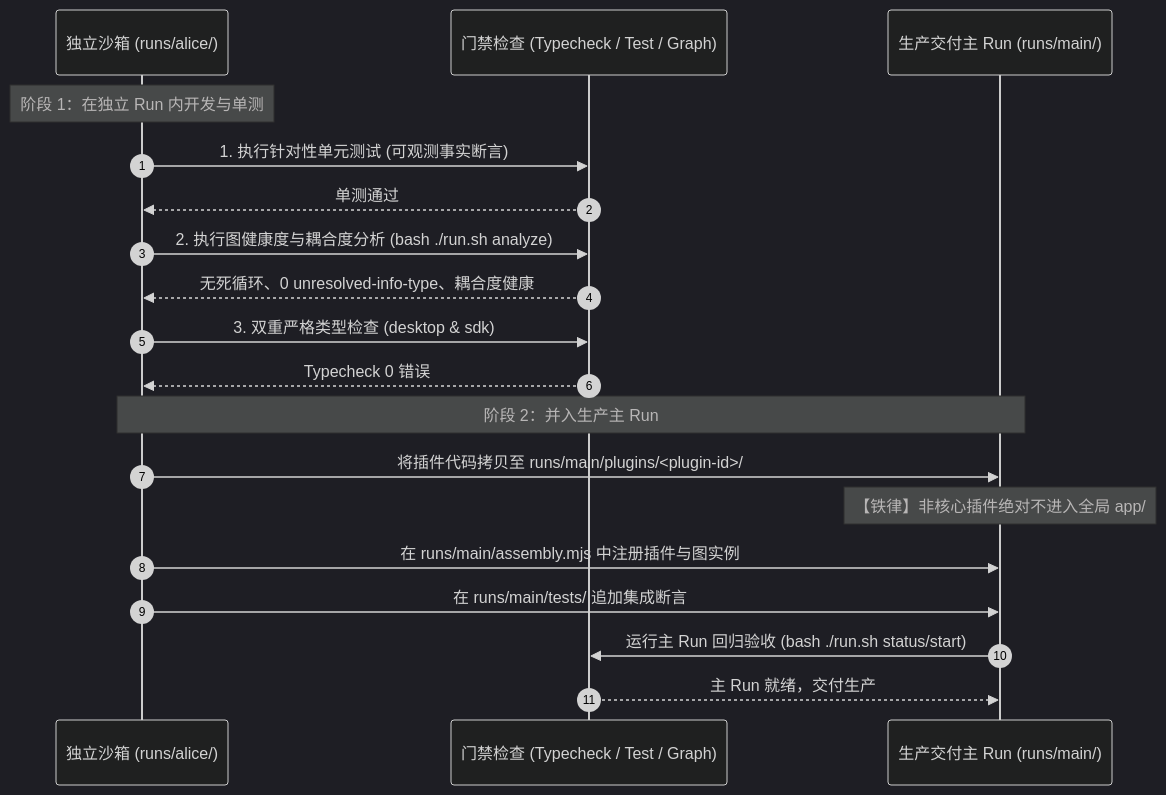
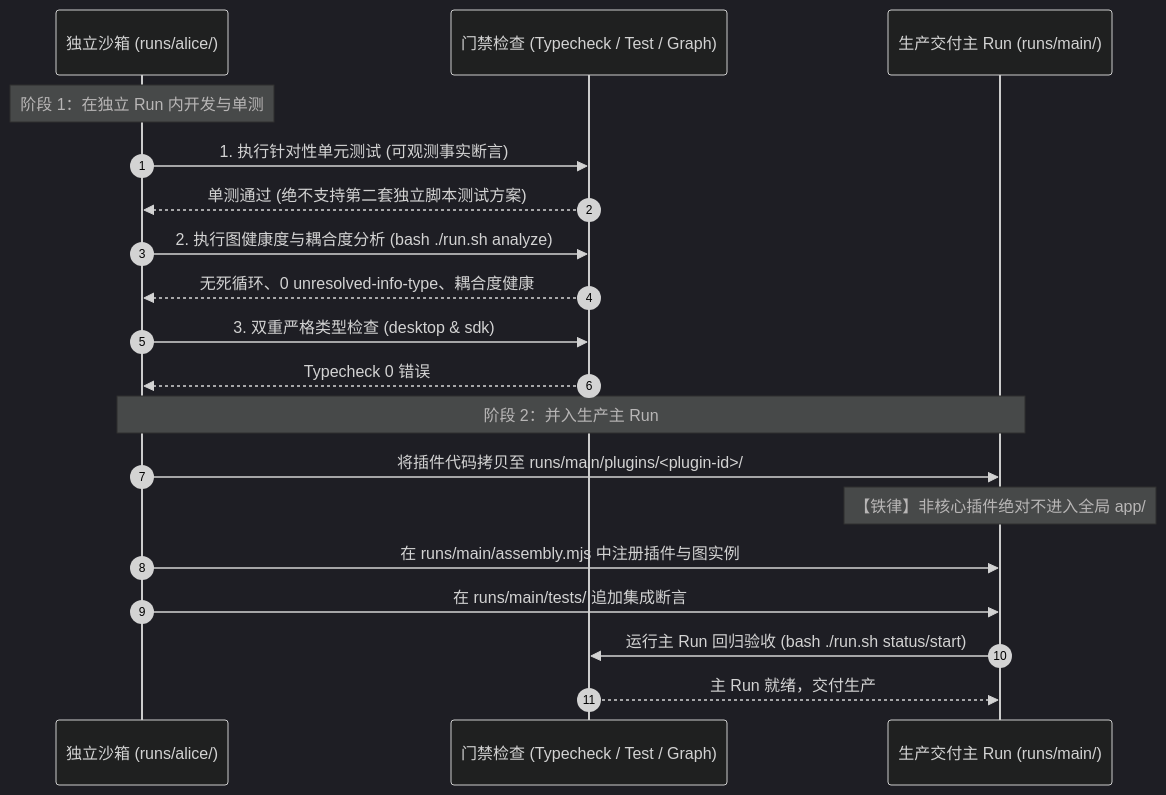
Before and after one commit to vd249175-cpu/GSDK: the second of 2 diagrams in REFERENCE/workflow/workflow-elements-and-lifecycle.md, drawn with Mermaid (dark theme). The commit also changed other lines of this file and 48 other files, not shown here.

````diff
--- a/REFERENCE/workflow/workflow-elements-and-lifecycle.md
+++ b/REFERENCE/workflow/workflow-elements-and-lifecycle.md
@@ -121,23 +124,23 @@
 ```mermaid
 sequenceDiagram
     autonumber
     participant Dev as 独立沙箱 (runs/alice/)
     participant CI as 门禁检查 (Typecheck / Test / Graph)
     participant Main as 生产交付主 Run (runs/main/)
 
     Note over Dev: 阶段 1：在独立 Run 内开发与单测
     Dev->>CI: 1. 执行针对性单元测试 (可观测事实断言)
-    CI-->>Dev: 单测通过
+    CI-->>Dev: 单测通过 (绝不支持第二套独立脚本测试方案)
     Dev->>CI: 2. 执行图健康度与耦合度分析 (bash ./run.sh analyze)
     CI-->>Dev: 无死循环、0 unresolved-info-type、耦合度健康
     Dev->>CI: 3. 双重严格类型检查 (desktop & sdk)
     CI-->>Dev: Typecheck 0 错误
     
     Note over Dev,Main: 阶段 2：并入生产主 Run
     Dev->>Main: 将插件代码拷贝至 runs/main/plugins/<plugin-id>/
     Note over Main: 【铁律】非核心插件绝对不进入全局 app/
     Dev->>Main: 在 runs/main/assembly.mjs 中注册插件与图实例
     Dev->>Main: 在 runs/main/tests/ 追加集成断言
     Main->>CI: 运行主 Run 回归验收 (bash ./run.sh status/start)
     CI-->>Main: 主 Run 就绪，交付生产
 ```
````
